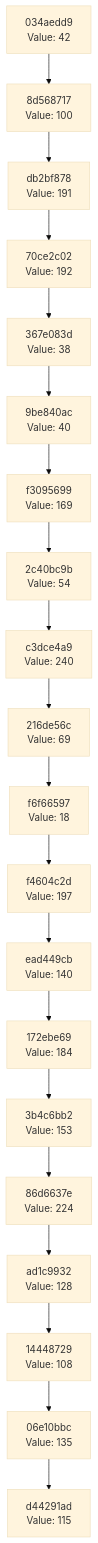
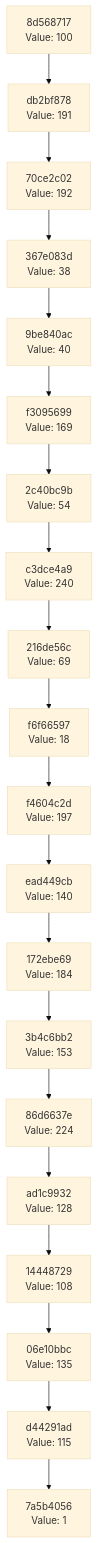
Before and after one commit to Abhisheksinha1506/hash-chain-evolver: the diagram in docs/CHAIN_VISUALIZATION.md, drawn with Mermaid (base theme). The commit also changed 1 other file, not shown here.

Commit message:
Evolution step: hash 0x01 → action executed

````diff
--- a/docs/CHAIN_VISUALIZATION.md
+++ b/docs/CHAIN_VISUALIZATION.md
@@ -3,42 +3,42 @@
 ```mermaid
 graph TD
-    C0["d44291ad<br/>Value: 115"]
-    C1["06e10bbc<br/>Value: 135"]
+    C0["7a5b4056<br/>Value: 1"]
+    C1["d44291ad<br/>Value: 115"]
     C1 --> C0
-    C2["14448729<br/>Value: 108"]
+    C2["06e10bbc<br/>Value: 135"]
     C2 --> C1
-    C3["ad1c9932<br/>Value: 128"]
+    C3["14448729<br/>Value: 108"]
     C3 --> C2
-    C4["86d6637e<br/>Value: 224"]
+    C4["ad1c9932<br/>Value: 128"]
     C4 --> C3
-    C5["3b4c6bb2<br/>Value: 153"]
+    C5["86d6637e<br/>Value: 224"]
     C5 --> C4
-    C6["172ebe69<br/>Value: 184"]
+    C6["3b4c6bb2<br/>Value: 153"]
     C6 --> C5
-    C7["ead449cb<br/>Value: 140"]
+    C7["172ebe69<br/>Value: 184"]
     C7 --> C6
-    C8["f4604c2d<br/>Value: 197"]
+    C8["ead449cb<br/>Value: 140"]
     C8 --> C7
-    C9["f6f66597<br/>Value: 18"]
+    C9["f4604c2d<br/>Value: 197"]
     C9 --> C8
-    C10["216de56c<br/>Value: 69"]
+    C10["f6f66597<br/>Value: 18"]
     C10 --> C9
-    C11["c3dce4a9<br/>Value: 240"]
+    C11["216de56c<br/>Value: 69"]
     C11 --> C10
-    C12["2c40bc9b<br/>Value: 54"]
+    C12["c3dce4a9<br/>Value: 240"]
     C12 --> C11
-    C13["f3095699<br/>Value: 169"]
+    C13["2c40bc9b<br/>Value: 54"]
     C13 --> C12
-    C14["9be840ac<br/>Value: 40"]
+    C14["f3095699<br/>Value: 169"]
     C14 --> C13
-    C15["367e083d<br/>Value: 38"]
+    C15["9be840ac<br/>Value: 40"]
     C15 --> C14
-    C16["70ce2c02<br/>Value: 192"]
+    C16["367e083d<br/>Value: 38"]
     C16 --> C15
-    C17["db2bf878<br/>Value: 191"]
+    C17["70ce2c02<br/>Value: 192"]
     C17 --> C16
-    C18["8d568717<br/>Value: 100"]
+    C18["db2bf878<br/>Value: 191"]
     C18 --> C17
-    C19["034aedd9<br/>Value: 42"]
+    C19["8d568717<br/>Value: 100"]
     C19 --> C18
 ```
````
